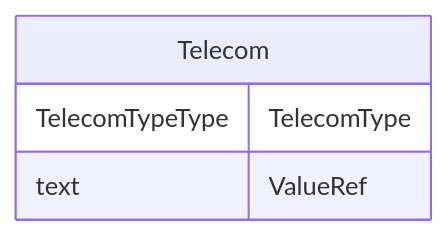
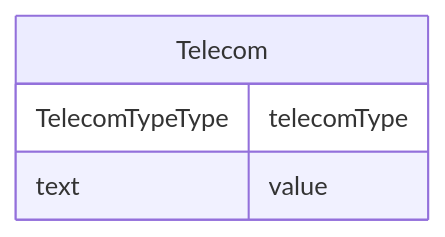
One commit to cdisc-org/DataExchange-ODM-LinkML changed the diagram in docs/Telecom.md. Above: the diagram before and after it, drawn with Mermaid. The commit also changed other lines of this file and 759 other files, not shown here.

````diff
--- a/docs/Telecom.md
+++ b/docs/Telecom.md
@@ -11,10 +11,10 @@
 ```mermaid
 erDiagram
 Telecom {
-    TelecomTypeType TelecomType  
-    text ValueRef  
+    TelecomTypeType telecomType  
+    text value  
 }
 
 
 
 ```
````
